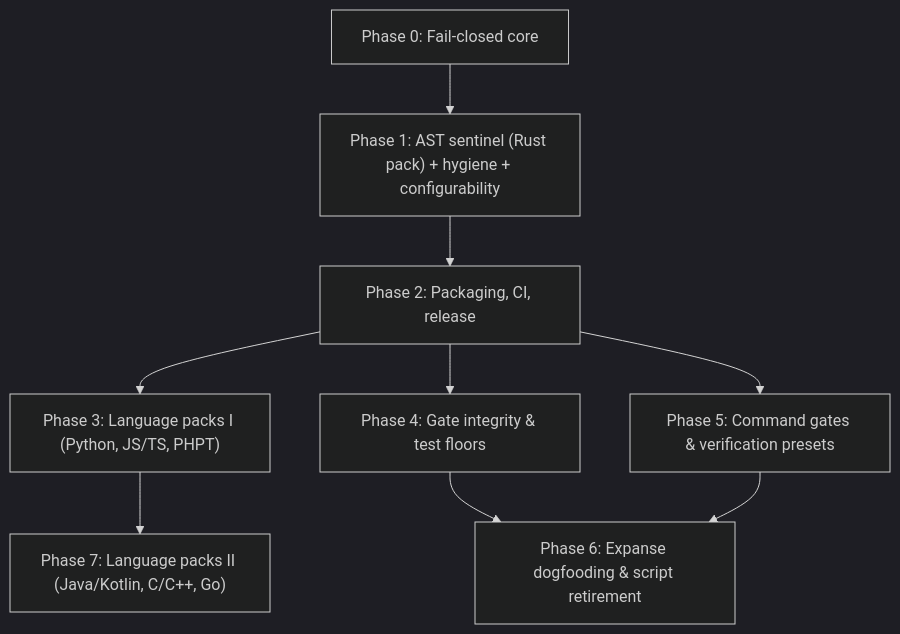
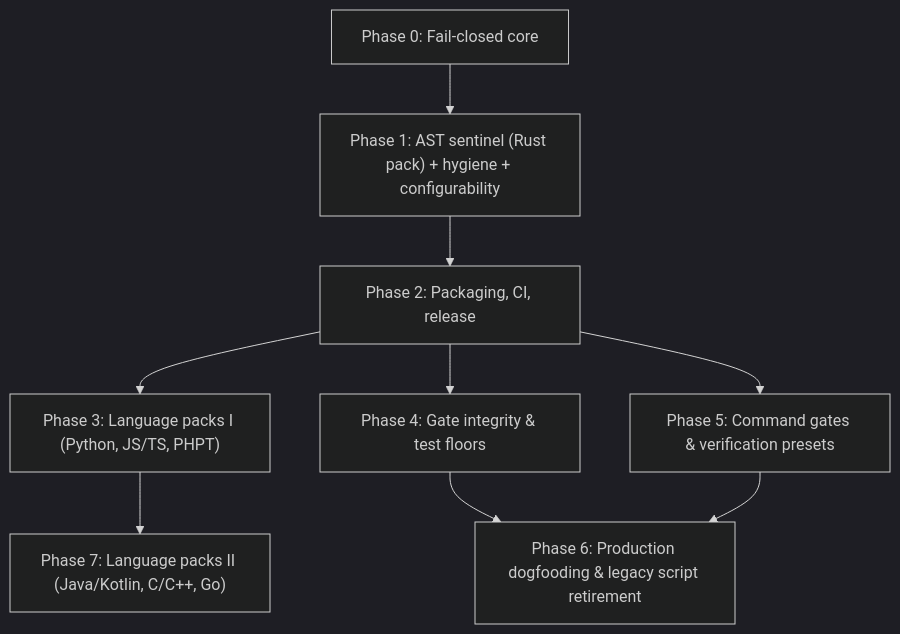
The diagram in docs/ROADMAP.md (actions-marketplace-validations/orieg_discipline), drawn with Mermaid (dark theme) before and after one commit. The commit also changed other lines of this file and 34 other files, not shown here.

````diff
--- a/docs/ROADMAP.md
+++ b/docs/ROADMAP.md
@@ -17,11 +17,11 @@
 ```mermaid
 flowchart TD
     P0["Phase 0: Fail-closed core"] --> P1["Phase 1: AST sentinel (Rust pack) + hygiene + configurability"]
     P1 --> P2["Phase 2: Packaging, CI, release"]
     P2 --> P3["Phase 3: Language packs I (Python, JS/TS, PHPT)"]
     P2 --> P4["Phase 4: Gate integrity & test floors"]
     P2 --> P5["Phase 5: Command gates & verification presets"]
     P3 --> P7["Phase 7: Language packs II (Java/Kotlin, C/C++, Go)"]
-    P4 --> P6["Phase 6: Expanse dogfooding & script retirement"]
+    P4 --> P6["Phase 6: Production dogfooding & legacy script retirement"]
     P5 --> P6
 ```
````
